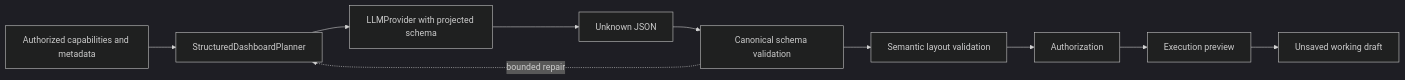
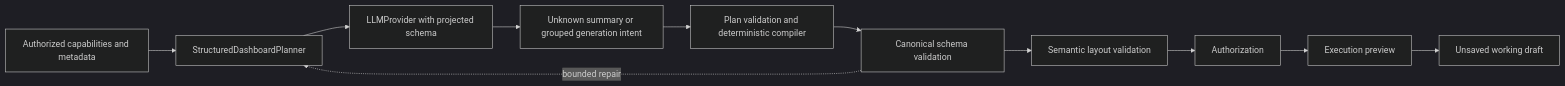
One commit to hazemyoussif/el-dabboos-analytics changed the seventh of 14 diagrams in docs/architecture/diagrams.md. Above: the diagram before and after it, drawn with Mermaid (dark theme). The commit also changed other lines of this file and 23 other files, not shown here.

````diff
--- a/docs/architecture/diagrams.md
+++ b/docs/architecture/diagrams.md
@@ -88,12 +88,13 @@
 ```mermaid
 flowchart LR
  C[Authorized capabilities and metadata] --> P[StructuredDashboardPlanner]
  P --> L[LLMProvider with projected schema]
- L --> J[Unknown JSON]
- J --> V[Canonical schema validation]
+ L --> J[Unknown summary or grouped generation intent]
+ J --> I[Plan validation and deterministic compiler]
+ I --> V[Canonical schema validation]
  V --> S[Semantic layout validation]
  S --> A[Authorization]
  A --> E[Execution preview]
  E --> D[Unsaved working draft]
  V -. bounded repair .-> P
 ```
````
